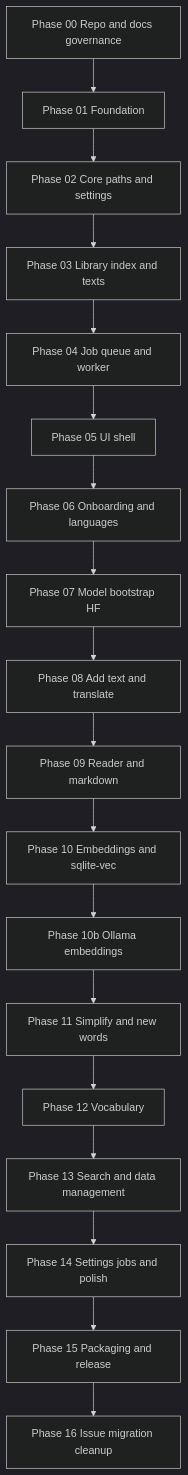
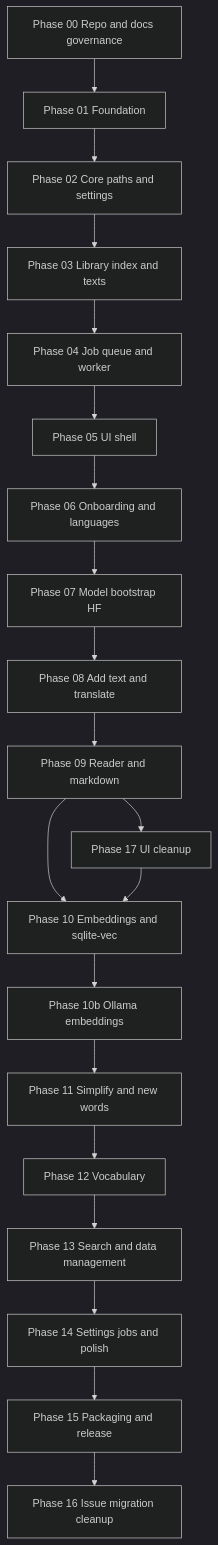
The diagram in docs/roadmap/README.md (YannikG/lexiflow), drawn with Mermaid (dark theme) before and after one commit. The commit also changed other lines of this file and 41 other files, not shown here.

````diff
--- a/docs/roadmap/README.md
+++ b/docs/roadmap/README.md
@@ -13,26 +13,29 @@
 ```mermaid
 flowchart TB
   P00[Phase 00 Repo and docs governance]
   P01[Phase 01 Foundation]
   P02[Phase 02 Core paths and settings]
   P03[Phase 03 Library index and texts]
   P04[Phase 04 Job queue and worker]
   P05[Phase 05 UI shell]
   P06[Phase 06 Onboarding and languages]
   P07[Phase 07 Model bootstrap HF]
   P08[Phase 08 Add text and translate]
   P09[Phase 09 Reader and markdown]
+  P17[Phase 17 UI cleanup]
   P10[Phase 10 Embeddings and sqlite-vec]
   P11[Phase 11 Simplify and new words]
   P12[Phase 12 Vocabulary]
   P13[Phase 13 Search and data management]
   P14[Phase 14 Settings jobs and polish]
   P15[Phase 15 Packaging and release]
 
   P00 --> P01 --> P02 --> P03 --> P04 --> P05
   P05 --> P06 --> P07 --> P08 --> P09
+  P09 --> P17
   P09 --> P10 --> P10b[Phase 10b Ollama embeddings]
+  P17 --> P10
   P10b --> P11 --> P12 --> P13
   P13 --> P14 --> P15
   P15 --> P16[Phase 16 Issue migration cleanup]
 ```
````
